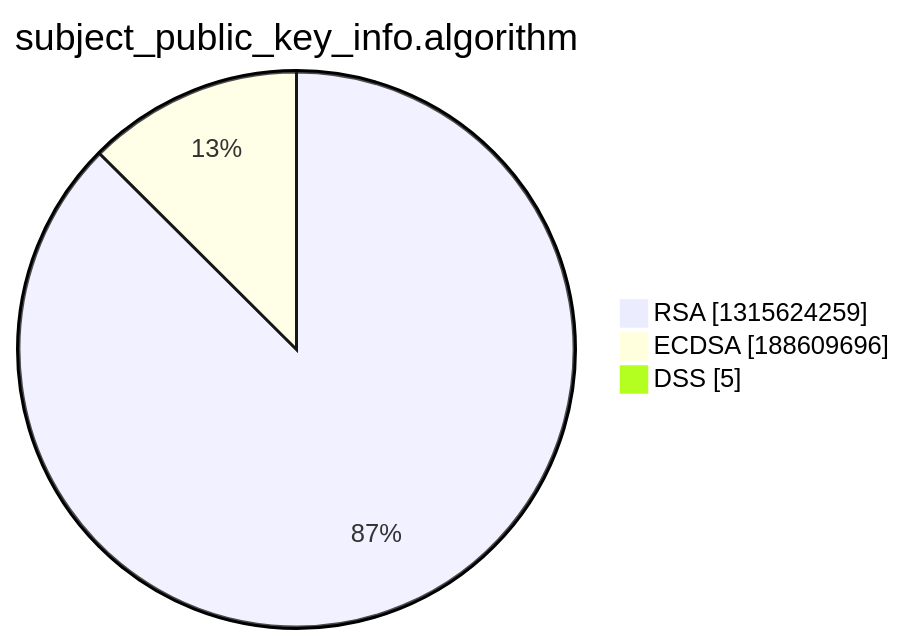
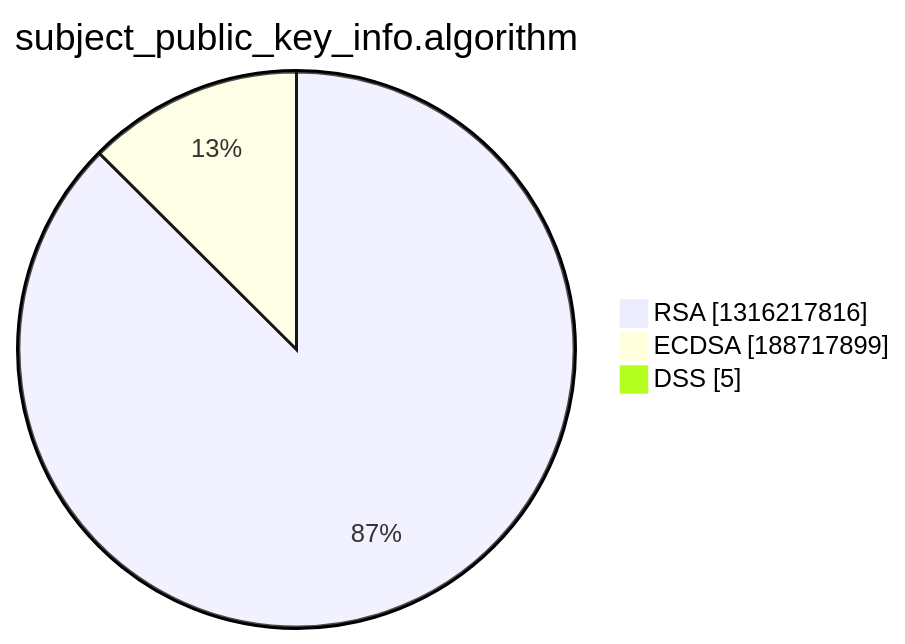
The third of 15 diagrams in xenon2022/README.md (christiankrug/ctmonitor_visualization), drawn with Mermaid before and after one commit. The commit also changed other lines of this file, not shown here.

````diff
--- a/xenon2022/README.md
+++ b/xenon2022/README.md
@@ -14,7 +14,7 @@
 ```mermaid
 pie showData
 title subject_public_key_info.algorithm
-"RSA" :1315624259
-"ECDSA" :188609696
+"RSA" :1316217816
+"ECDSA" :188717899
 "DSS" :5
 ```
````
